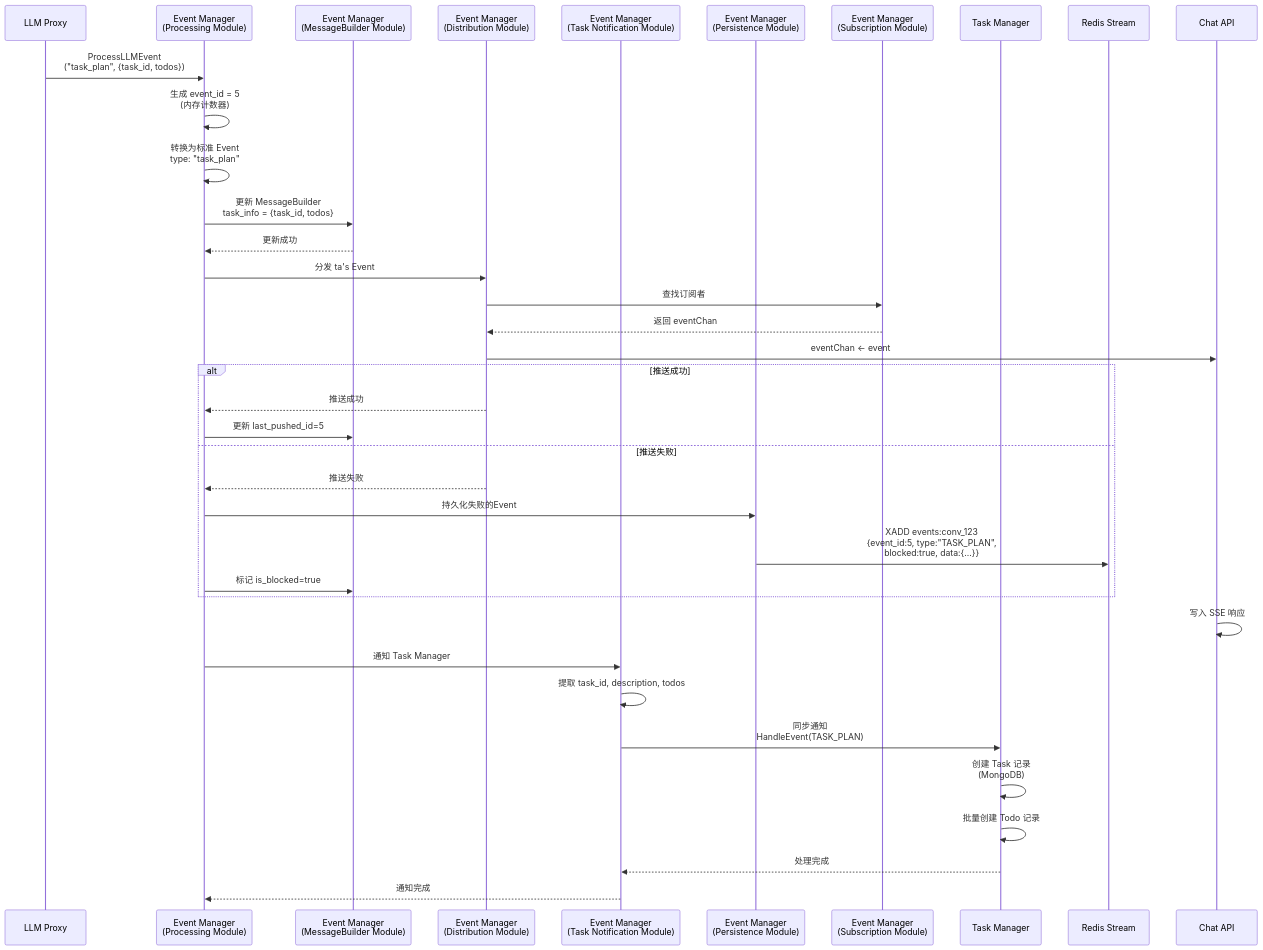
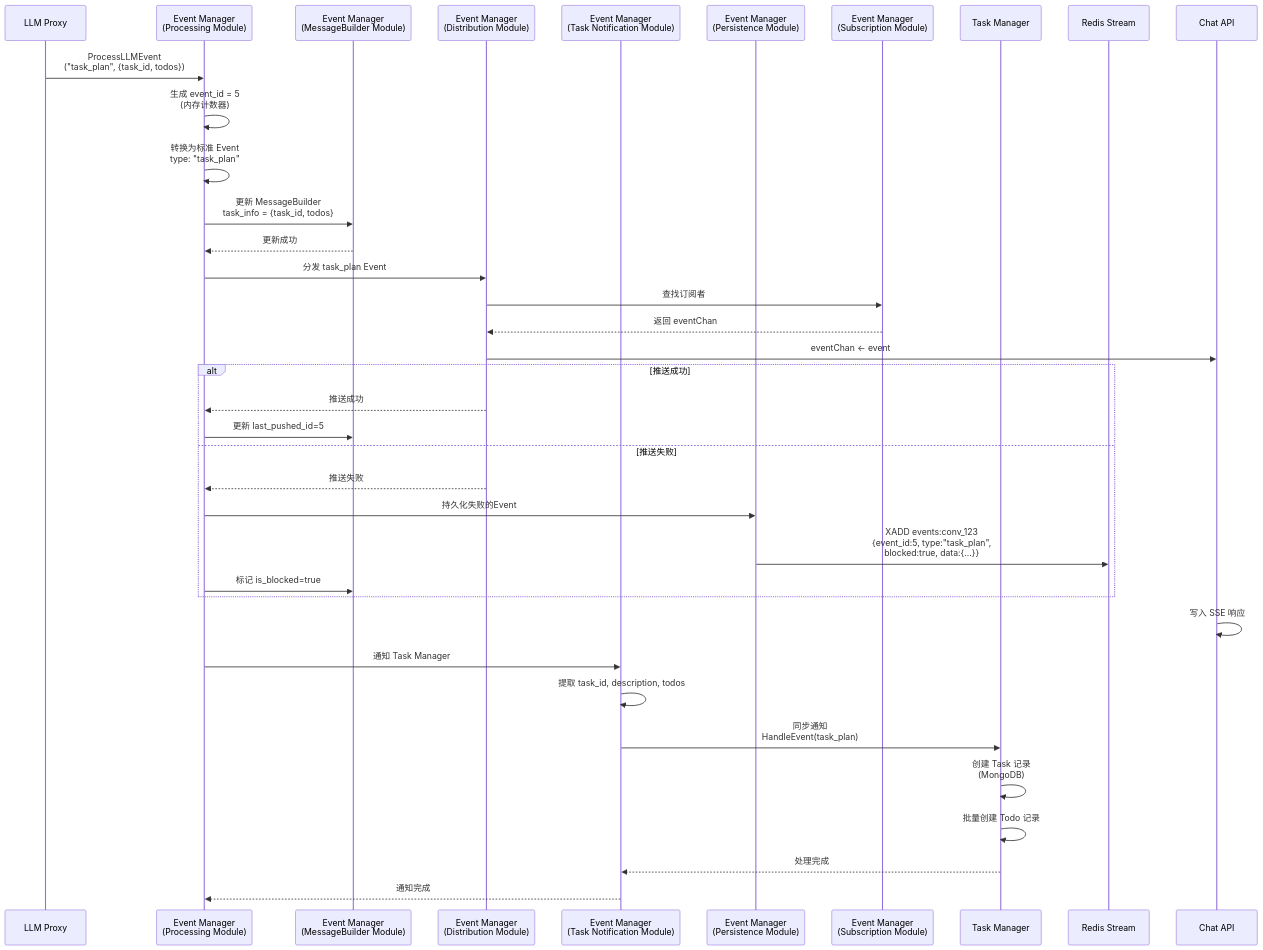
The diagram in all/未命名-10.md (yingjianzh/iodraw-files), drawn with Mermaid before and after one commit.

Commit message:
2025-12-24 11:16:36 update

````diff
--- a/all/未命名-10.md
+++ b/all/未命名-10.md
@@ -1,49 +1,49 @@
 ```mermaid
 sequenceDiagram
     participant LLMProxy as LLM Proxy
     participant ProcMod as Event Manager<br/>(Processing Module)
     participant BuilderMod as Event Manager<br/>(MessageBuilder Module)
     participant DistribMod as Event Manager<br/>(Distribution Module)
     participant TaskNotifMod as Event Manager<br/>(Task Notification Module)
     participant PersistMod as Event Manager<br/>(Persistence Module)
     participant SubMod as Event Manager<br/>(Subscription Module)
     participant TaskMgr as Task Manager
     participant Redis as Redis Stream
     participant ChatAPI as Chat API
 
     LLMProxy->>ProcMod: ProcessLLMEvent<br/>("task_plan", {task_id, todos})
 
     ProcMod->>ProcMod: 生成 event_id = 5<br/>(内存计数器)
     
     ProcMod->>ProcMod: 转换为标准 Event<br/>type: "task_plan"
     
     ProcMod->>BuilderMod: 更新 MessageBuilder<br/>task_info = {task_id, todos}
     BuilderMod-->>ProcMod: 更新成功
     
-    ProcMod->>DistribMod: 分发 ta's Event
+    ProcMod->>DistribMod: 分发 task_plan Event
     DistribMod->>SubMod: 查找订阅者
     SubMod-->>DistribMod: 返回 eventChan
     DistribMod->>ChatAPI: eventChan <- event
     
     alt 推送成功
         DistribMod-->>ProcMod: 推送成功
         ProcMod->>BuilderMod: 更新 last_pushed_id=5
     else 推送失败
         DistribMod-->>ProcMod: 推送失败
         ProcMod->>PersistMod: 持久化失败的Event
-        PersistMod->>Redis: XADD events:conv_123<br/>{event_id:5, type:"TASK_PLAN",<br/>blocked:true, data:{...}}
+        PersistMod->>Redis: XADD events:conv_123<br/>{event_id:5, type:"task_plan",<br/>blocked:true, data:{...}}
         ProcMod->>BuilderMod: 标记 is_blocked=true
     end
     
     ChatAPI->>ChatAPI: 写入 SSE 响应
     
     ProcMod->>TaskNotifMod:  通知 Task Manager
     TaskNotifMod->>TaskNotifMod: 提取 task_id, description, todos
         
-    TaskNotifMod->>TaskMgr: 同步通知<br/>HandleEvent(TASK_PLAN)
+    TaskNotifMod->>TaskMgr: 同步通知<br/>HandleEvent(task_plan)
     TaskMgr->>TaskMgr: 创建 Task 记录<br/>(MongoDB)
     TaskMgr->>TaskMgr: 批量创建 Todo 记录
     TaskMgr-->>TaskNotifMod: 处理完成
     
     TaskNotifMod-->>ProcMod: 通知完成
 ```
````
